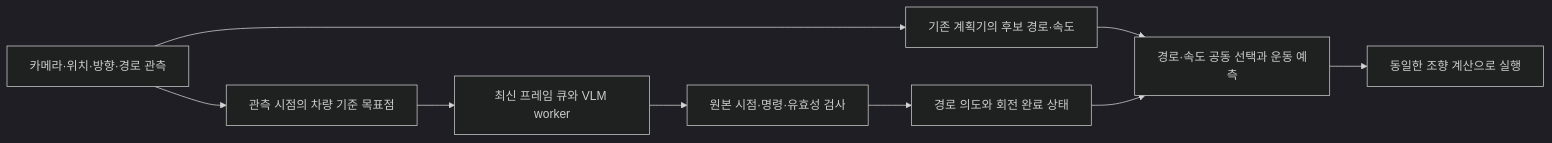
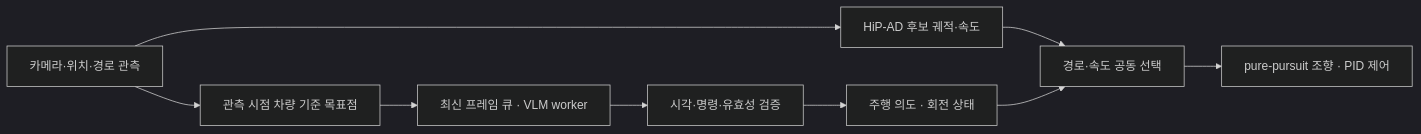
One commit to YuMinBee/vlm-guided-planner-intervention changed the diagram in README.md. Above: the diagram before and after it, drawn with Mermaid (dark theme). The commit also changed other lines of this file and 1 other file, not shown here.

````diff
--- a/README.md
+++ b/README.md
@@ -12,11 +36,11 @@
 ```mermaid
 flowchart LR
-    A[카메라·위치·방향·경로 관측] --> B[관측 시점의 차량 기준 목표점]
-    A --> C[기존 계획기의 후보 경로·속도]
-    B --> D[최신 프레임 큐와 VLM worker]
-    D --> E[원본 시점·명령·유효성 검사]
-    E --> F[경로 의도와 회전 완료 상태]
-    C --> G[경로·속도 공동 선택과 운동 예측]
+    A[카메라·위치·경로 관측] --> B[관측 시점 차량 기준 목표점]
+    A --> C[HiP-AD 후보 궤적·속도]
+    B --> D[최신 프레임 큐 · VLM worker]
+    D --> E[시각·명령·유효성 검증]
+    E --> F[주행 의도 · 회전 상태]
+    C --> G[경로·속도 공동 선택]
     F --> G
-    G --> H[동일한 조향 계산으로 실행]
+    G --> H[pure-pursuit 조향 · PID 제어]
 ```
````
